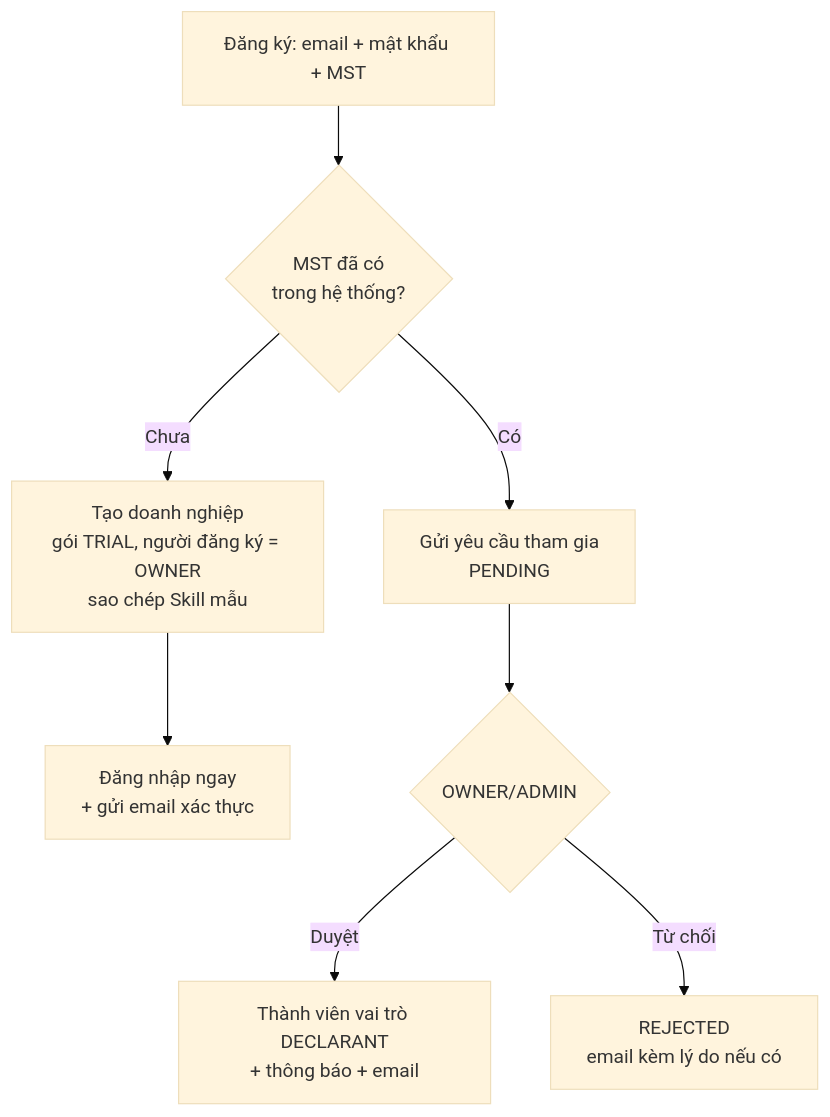
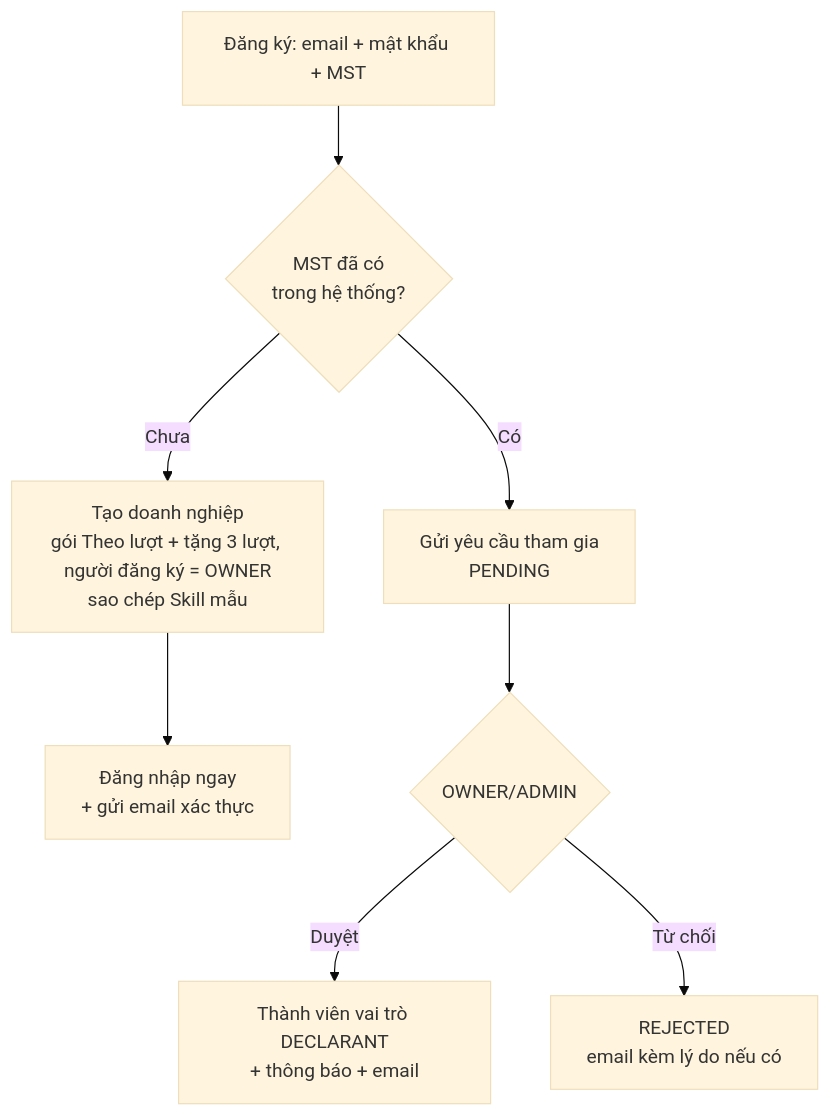
One commit to minhnhacmu2308/chung-tu-hq changed the second of 8 diagrams in docs/QUY-TRINH-NGHIEP-VU.md. Above: the diagram before and after it, drawn with Mermaid (base theme). The commit also changed other lines of this file and 185 other files, not shown here.

````diff
--- a/docs/QUY-TRINH-NGHIEP-VU.md
+++ b/docs/QUY-TRINH-NGHIEP-VU.md
@@ -47,8 +47,8 @@
 ```mermaid
 flowchart TD
   R[Đăng ký: email + mật khẩu + MST] --> Q{MST đã có<br/>trong hệ thống?}
-  Q -- Chưa --> N[Tạo doanh nghiệp<br/>gói TRIAL, người đăng ký = OWNER<br/>sao chép Skill mẫu] --> L[Đăng nhập ngay<br/>+ gửi email xác thực]
+  Q -- Chưa --> N[Tạo doanh nghiệp<br/>gói Theo lượt + tặng 3 lượt, người đăng ký = OWNER<br/>sao chép Skill mẫu] --> L[Đăng nhập ngay<br/>+ gửi email xác thực]
   Q -- Có --> J[Gửi yêu cầu tham gia<br/>PENDING] --> O{OWNER/ADMIN}
   O -- Duyệt --> M[Thành viên vai trò DECLARANT<br/>+ thông báo + email]
   O -- Từ chối --> X[REJECTED<br/>email kèm lý do nếu có]
 ```
````
